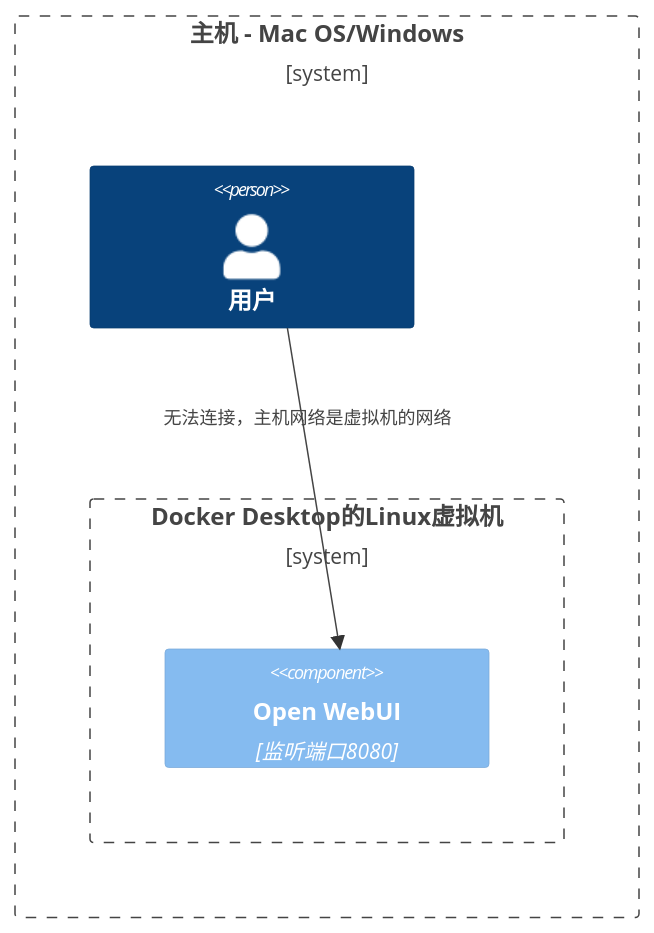
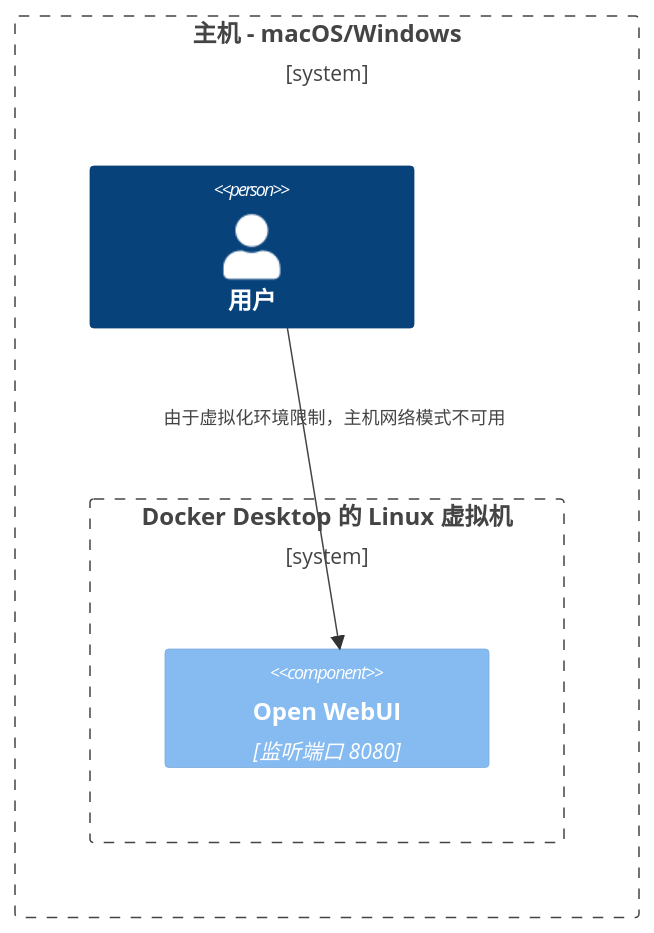
The fourth of 8 diagrams in docs/troubleshooting/network-diagrams.mdx (LazyG9/openwebui-doc-zh), drawn with Mermaid before and after one commit. The commit also changed other lines of this file and 151 other files, not shown here.

````diff
--- a/docs/troubleshooting/network-diagrams.mdx
+++ b/docs/troubleshooting/network-diagrams.mdx
@@ -74,11 +74,11 @@
 ```mermaid
 C4Context
-Boundary(b0, "主机 - Mac OS/Windows") {
+Boundary(b0, "主机 - macOS/Windows") {
    Person(user, "用户")
-   Boundary(b1, "Docker Desktop的Linux虚拟机") {
-      Component(openwebui, "Open WebUI", "监听端口8080")
+   Boundary(b1, "Docker Desktop 的 Linux 虚拟机") {
+      Component(openwebui, "Open WebUI", "监听端口 8080")
    }
 }
-Rel(user, openwebui, "无法连接，主机网络是虚拟机的网络")
+Rel(user, openwebui, "由于虚拟化环境限制，主机网络模式不可用")
 UpdateRelStyle(user, openwebui, $offsetX="-100", $offsetY="-50")
 ```
````
